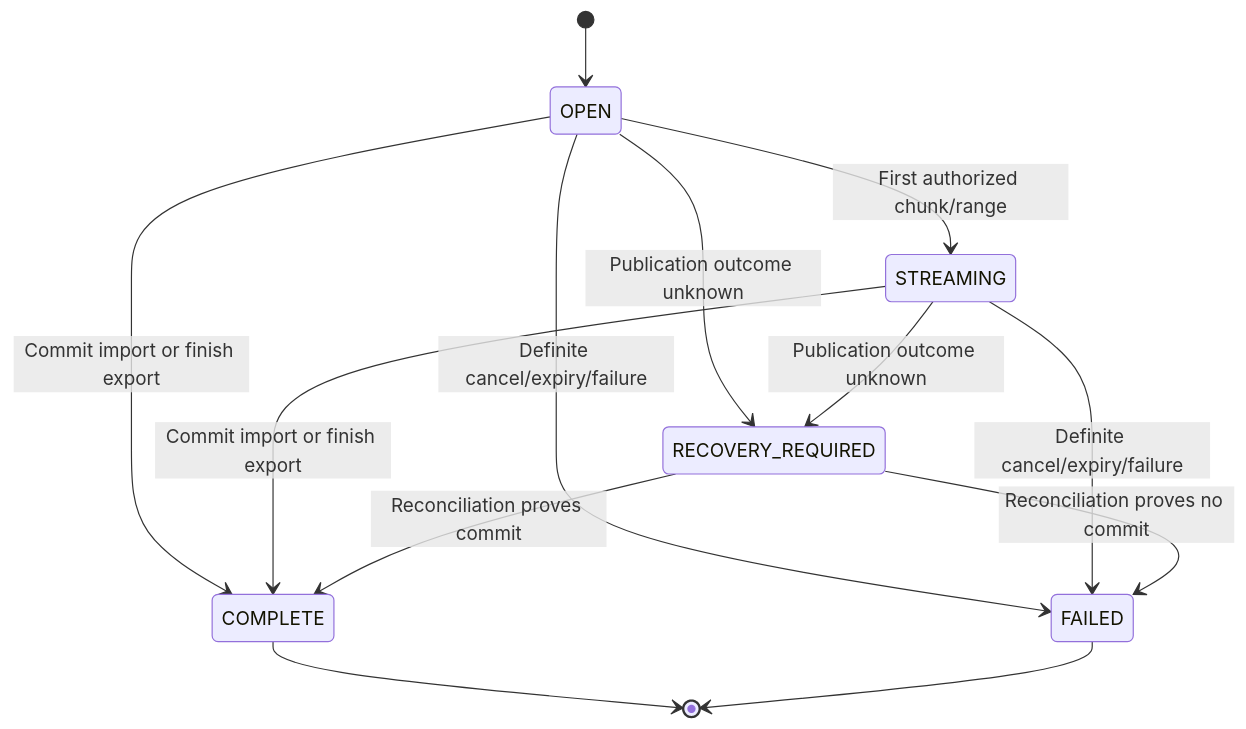
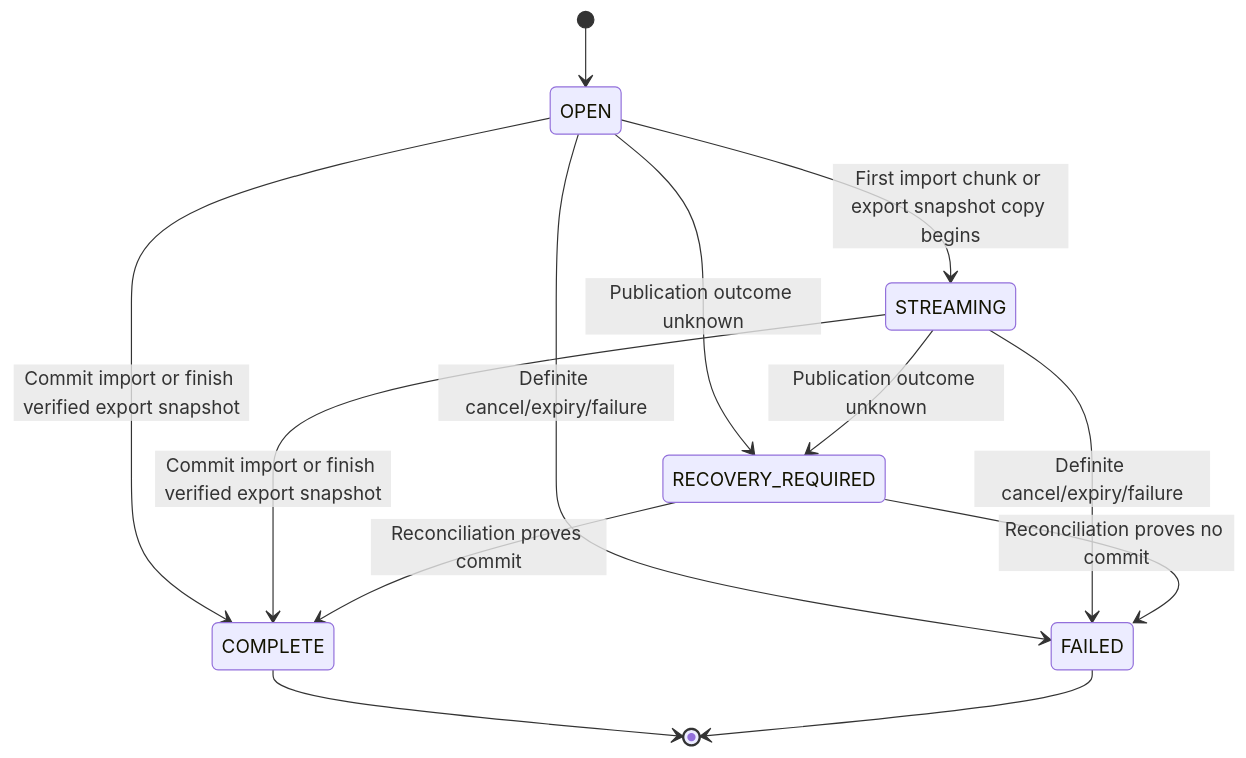
Before and after one commit to ArcForges/ArcForges-Design: the fourth of 6 diagrams in docs/state-machines/README.md, drawn with Mermaid. The commit also changed other lines of this file and 28 other files, not shown here.

````diff
--- a/docs/state-machines/README.md
+++ b/docs/state-machines/README.md
@@ -119,15 +121,15 @@
 ```mermaid
 stateDiagram-v2
   [*] --> OPEN
-  OPEN --> STREAMING : First authorized chunk/range
-  OPEN --> COMPLETE : Commit import or finish export
-  STREAMING --> COMPLETE : Commit import or finish export
+  OPEN --> STREAMING : First import chunk or export snapshot copy begins
+  OPEN --> COMPLETE : Commit import or finish verified export snapshot
+  STREAMING --> COMPLETE : Commit import or finish verified export snapshot
   OPEN --> FAILED : Definite cancel/expiry/failure
   STREAMING --> FAILED : Definite cancel/expiry/failure
   OPEN --> RECOVERY_REQUIRED : Publication outcome unknown
   STREAMING --> RECOVERY_REQUIRED : Publication outcome unknown
   RECOVERY_REQUIRED --> COMPLETE : Reconciliation proves commit
   RECOVERY_REQUIRED --> FAILED : Reconciliation proves no commit
   COMPLETE --> [*]
   FAILED --> [*]
 ```
````
